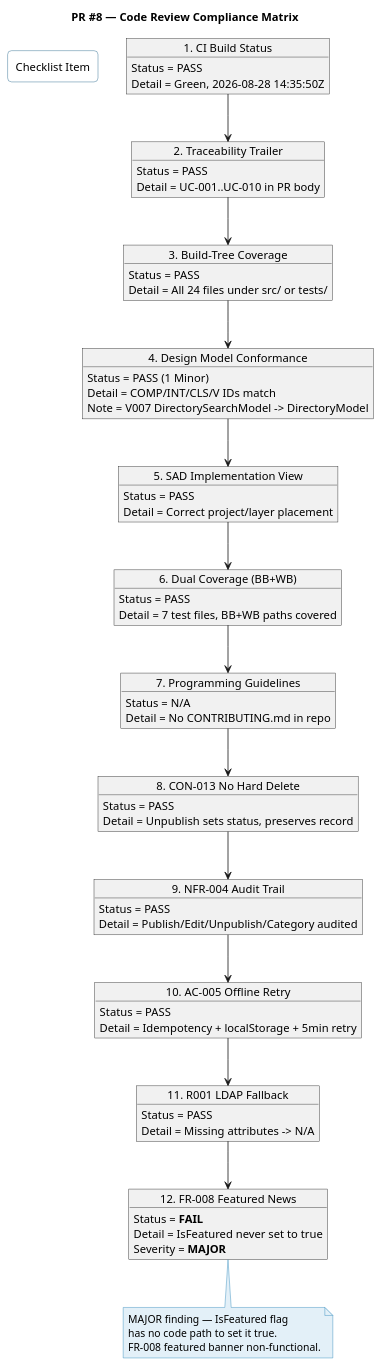
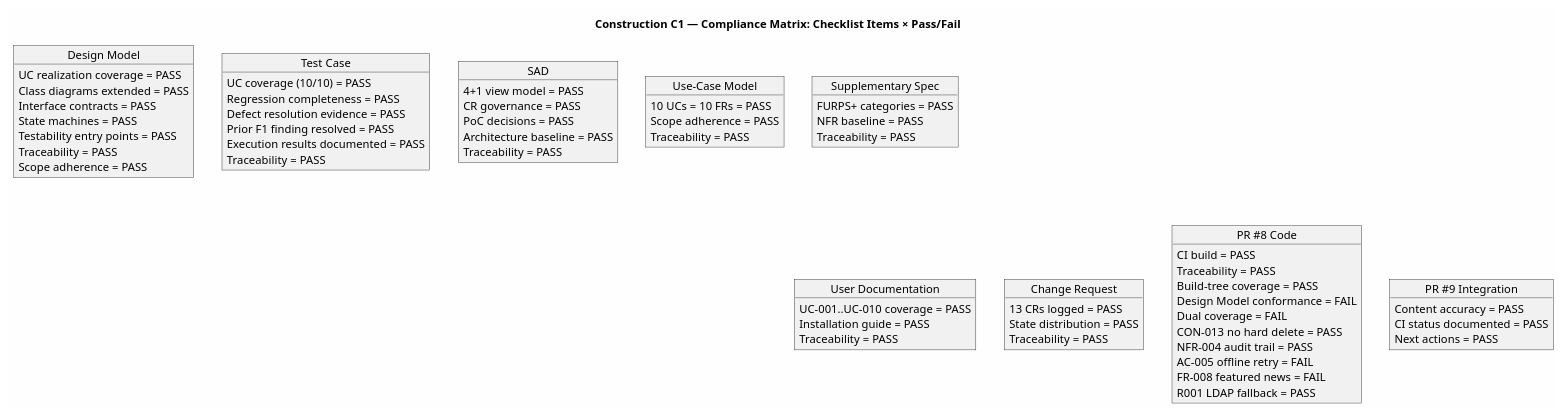
One commit to banense-test/portal-cuba-corp changed the first of 3 diagrams in docs/artifacts/project-management/review-record.md. Above: the diagram before and after it, drawn with PlantUML. The commit also changed other lines of this file, not shown here.

First line of the commit message:
Reviewer [C1]: upsert Review Record

````diff
--- a/docs/artifacts/project-management/review-record.md
+++ b/docs/artifacts/project-management/review-record.md
@@ -49,84 +73,88 @@
 ```plantuml
 @startuml
-title PR #8 — Code Review Compliance Matrix
+title Construction C1 — Compliance Matrix: Checklist Items × Pass/Fail
 
-skinparam rectangle {
-    BackgroundColor White
-    BorderColor #145A82
-    RoundCorner 10
-}
-skinparam note {
-    BackgroundColor #E3F0F8
-    BorderColor #1E7FB5
+skinparam backgroundColor #FEFEFE
+skinparam shadowing false
+
+object "Design Model" as DM {
+  UC realization coverage = PASS
+  Class diagrams extended = PASS
+  Interface contracts = PASS
+  State machines = PASS
+  Testability entry points = PASS
+  Traceability = PASS
+  Scope adherence = PASS
 }
 
-rectangle "Checklist Item" as chk {
+object "Test Case" as TC {
+  UC coverage (10/10) = PASS
+  Regression completeness = PASS
+  Defect resolution evidence = PASS
+  Prior F1 finding resolved = PASS
+  Execution results documented = PASS
+  Traceability = PASS
 }
 
-object "1. CI Build Status" as C1 {
-    Status = PASS
-    Detail = Green, 2026-08-28 14:35:50Z
-}
-object "2. Traceability Trailer" as C2 {
-    Status = PASS
-    Detail = UC-001..UC-010 in PR body
-}
-object "3. Build-Tree Coverage" as C3 {
-    Status = PASS
-    Detail = All 24 files under src/ or tests/
-}
-object "4. Design Model Conformance" as C4 {
-    Status = PASS (1 Minor)
-    Detail = COMP/INT/CLS/V IDs match
-    Note = V007 DirectorySearchModel -> DirectoryModel
-}
-object "5. SAD Implementation View" as C5 {
-    Status = PASS
-    Detail = Correct project/layer placement
-}
-object "6. Dual Coverage (BB+WB)" as C6 {
-    Status = PASS
-    Detail = 7 test files, BB+WB paths covered
-}
-object "7. Programming Guidelines" as C7 {
-    Status = N/A
-    Detail = No CONTRIBUTING.md in repo
-}
-object "8. CON-013 No Hard Delete" as C8 {
-    Status = PASS
-    Detail = Unpublish sets status, preserves record
-}
-object "9. NFR-004 Audit Trail" as C9 {
-    Status = PASS
-    Detail = Publish/Edit/Unpublish/Category audited
-}
-object "10. AC-005 Offline Retry" as C10 {
-    Status = PASS
-    Detail = Idempotency + localStorage + 5min retry
-}
-object "11. R001 LDAP Fallback" as C11 {
-    Status = PASS
-    Detail = Missing attributes -> N/A
-}
-object "12. FR-008 Featured News" as C12 {
-    Status = **FAIL**
-    Detail = IsFeatured never set to true
-    Severity = **MAJOR**
+object "SAD" as SAD {
+  4+1 view model = PASS
+  CR governance = PASS
+  PoC decisions = PASS
+  Architecture baseline = PASS
+  Traceability = PASS
 }
 
-C1 --> C2
-C2 --> C3
-C3 --> C4
-C4 --> C5
-C5 --> C6
-C6 --> C7
-C7 --> C8
-C8 --> C9
-C9 --> C10
-C10 --> C11
-C11 --> C12
+object "Use-Case Model" as UCM {
+  10 UCs = 10 FRs = PASS
+  Scope adherence = PASS
+  Traceability = PASS
+}
 
-note bottom of C12 : MAJOR finding — IsFeatured flag\nhas no code path to set it true.\nFR-008 featured banner non-functional.
+object "Supplementary Spec" as SS {
+  FURPS+ categories = PASS
+  NFR baseline = PASS
+  Traceability = PASS
+}
+
+object "User Documentation" as UD {
+  UC-001..UC-010 coverage = PASS
+  Installation guide = PASS
+  Traceability = PASS
+}
+
+object "Change Request" as CR {
+  13 CRs logged = PASS
+  State distribution = PASS
+  Traceability = PASS
+}
+
+object "PR #8 Code" as PR8 {
+  CI build = PASS
+  Traceability = PASS
+  Build-tree coverage = PASS
+  Design Model conformance = FAIL
+  Dual coverage = FAIL
+  CON-013 no hard delete = PASS
+  NFR-004 audit trail = PASS
+  AC-005 offline retry = FAIL
+  FR-008 featured news = FAIL
+  R001 LDAP fallback = PASS
+}
+
+object "PR #9 Integration" as PR9 {
+  Content accuracy = PASS
+  CI status documented = PASS
+  Next actions = PASS
+}
+
+DM -[hidden]right-> TC
+TC -[hidden]right-> SAD
+SAD -[hidden]right-> UCM
+UCM -[hidden]right-> SS
+SS -[hidden]down-> UD
+UD -[hidden]right-> CR
+CR -[hidden]right-> PR8
+PR8 -[hidden]right-> PR9
 
 @enduml
 ```
````
